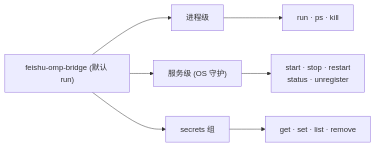
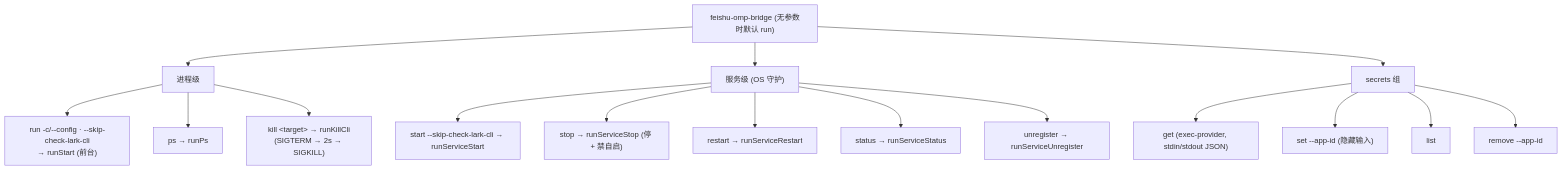
Before and after one commit to sorphwer/feishu-omp-bridge: the first of 4 diagrams in how-it-works/11-daemon-cli-runtime.md, drawn with Mermaid. The commit also changed other lines of this file and 12 other files, not shown here.

````diff
--- a/how-it-works/11-daemon-cli-runtime.md
+++ b/how-it-works/11-daemon-cli-runtime.md
@@ -15,10 +15,19 @@
 ```mermaid
-flowchart LR
-  CLI["feishu-omp-bridge (默认 run)"]
+flowchart TD
+  CLI["feishu-omp-bridge (无参数时默认 run)"]
   CLI --> PROC["进程级"]
   CLI --> SVC["服务级 (OS 守护)"]
   CLI --> SEC["secrets 组"]
-  PROC --> R["run · ps · kill"]
-  SVC --> S["start · stop · restart<br/>status · unregister"]
-  SEC --> SS["get · set · list · remove"]
+  PROC --> RUN["run -c/--config · --skip-check-lark-cli<br/>→ runStart (前台)"]
+  PROC --> PS["ps → runPs"]
+  PROC --> KILL["kill &lt;target&gt; → runKillCli<br/>(SIGTERM → 2s → SIGKILL)"]
+  SVC --> ST["start --skip-check-lark-cli → runServiceStart"]
+  SVC --> SP["stop → runServiceStop (停 + 禁自启)"]
+  SVC --> RS["restart → runServiceRestart"]
+  SVC --> SS2["status → runServiceStatus"]
+  SVC --> UN["unregister → runServiceUnregister"]
+  SEC --> SG["get (exec-provider, stdin/stdout JSON)"]
+  SEC --> SSET["set --app-id (隐藏输入)"]
+  SEC --> SL["list"]
+  SEC --> SR["remove --app-id"]
 ```
````
